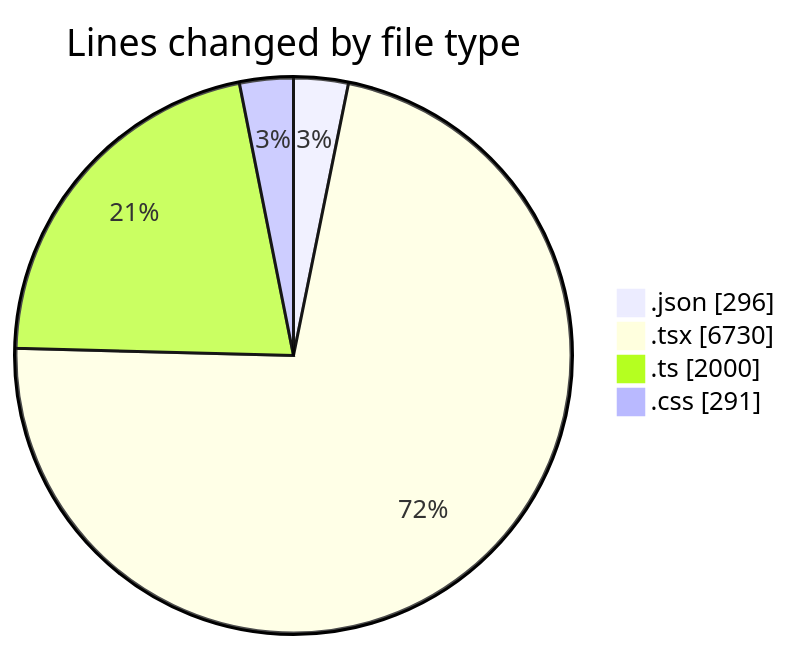
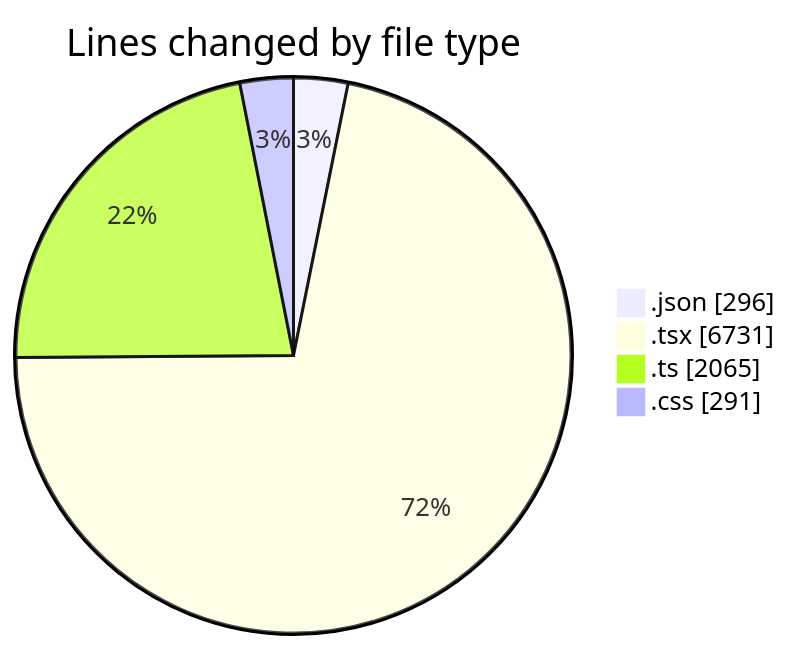
Before and after one commit to julien-gomy/code-tracking: the first of 2 diagrams in 2025-10-07/eventscop-frontend-guide__workspace_/README.md, drawn with Mermaid. The commit also changed other lines of this file and 1 other file, not shown here.

````diff
--- a/2025-10-07/eventscop-frontend-guide__workspace_/README.md
+++ b/2025-10-07/eventscop-frontend-guide__workspace_/README.md
@@ -72,8 +73,8 @@
 ```mermaid
 pie showData
 title Lines changed by file type
 ".json" : 296
-".tsx" : 6730
-".ts" : 2000
+".tsx" : 6731
+".ts" : 2065
 ".css" : 291
 ```
````
